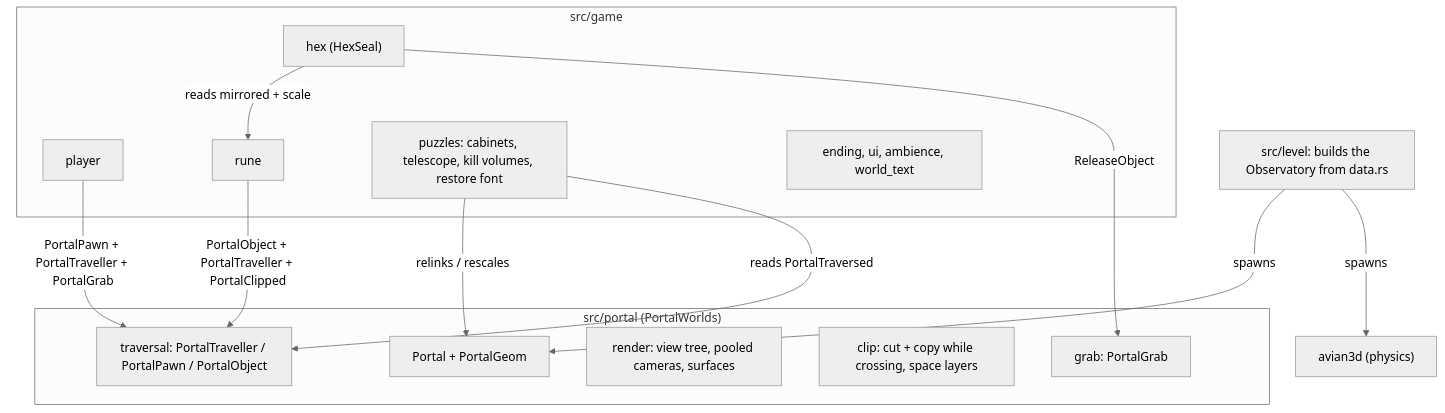
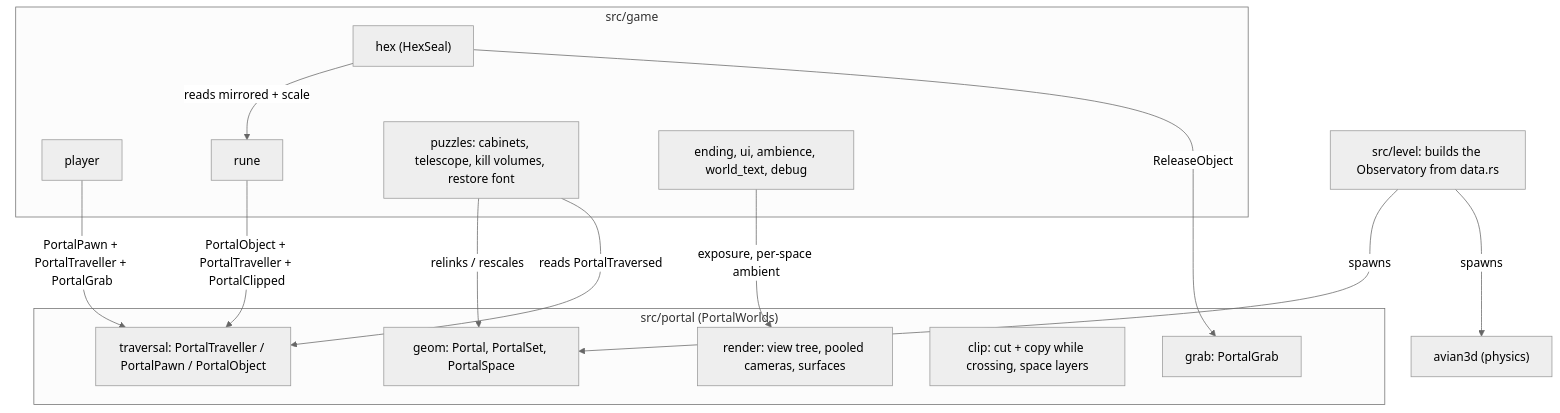
Before and after one commit to lcosti20/Hexfold: the diagram in docs/Architecture.md, drawn with Mermaid (neutral theme). The commit also changed other lines of this file and 27 other files, not shown here.

````diff
--- a/docs/Architecture.md
+++ b/docs/Architecture.md
@@ -11,28 +11,29 @@
 ```mermaid
 flowchart TB
     subgraph Plugin["src/portal (PortalWorlds)"]
-        Portal["Portal + PortalGeom"]
+        Portal["geom: Portal, PortalSet, PortalSpace"]
         Trav["traversal: PortalTraveller / PortalPawn / PortalObject"]
         Render["render: view tree, pooled cameras, surfaces"]
         Clip["clip: cut + copy while crossing, space layers"]
         Grab["grab: PortalGrab"]
     end
     subgraph Game["src/game"]
         Player["player"]
         Rune["rune"]
         Hex["hex (HexSeal)"]
         Puz["puzzles: cabinets, telescope, kill volumes, restore font"]
-        End["ending, ui, ambience, world_text"]
+        End["ending, ui, ambience, world_text, debug"]
     end
     Level["src/level: builds the Observatory from data.rs"]
     Phys["avian3d (physics)"]
 
     Player -- PortalPawn + PortalTraveller + PortalGrab --> Trav
     Rune -- PortalObject + PortalTraveller + PortalClipped --> Trav
     Puz -- relinks / rescales --> Portal
     Puz -- reads PortalTraversed --> Trav
     Hex -- reads mirrored + scale --> Rune
     Hex -- ReleaseObject --> Grab
+    End -- exposure, per-space ambient --> Render
     Level -- spawns --> Portal
     Level -- spawns --> Phys
 ```
````
